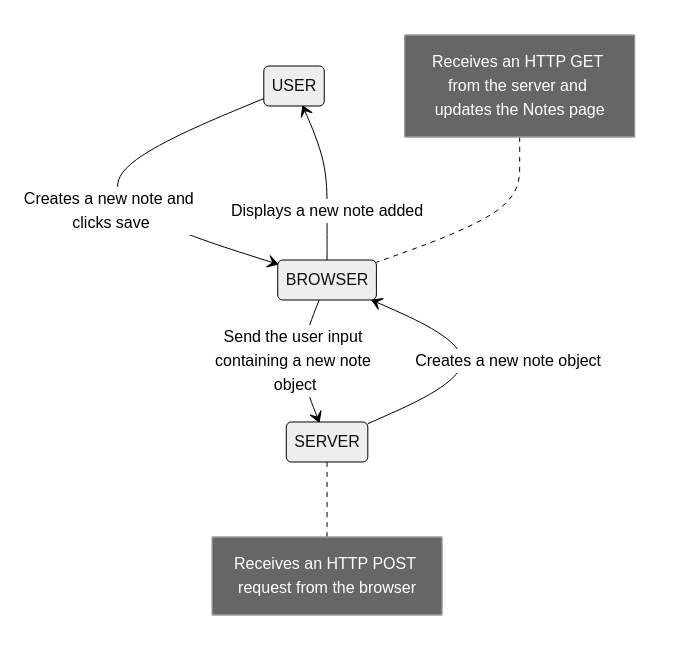
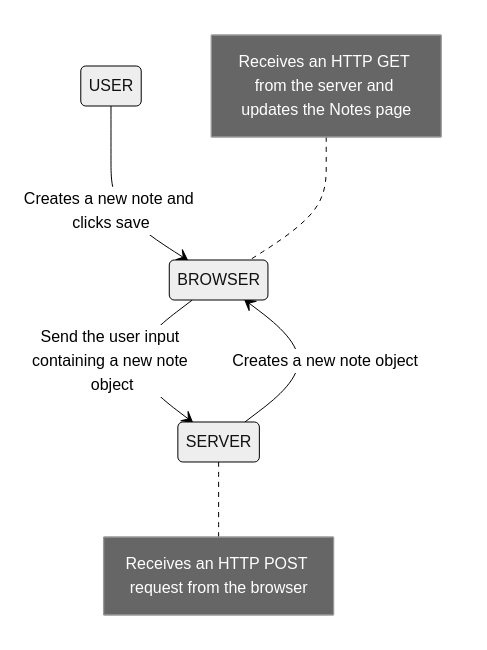
The diagram in part0/0.4-new-note-diagram.md (Gandalf-hash/fullstackopen_fundamentals_of_web_apps), drawn with Mermaid (neutral theme) before and after one commit.

Commit message:
feat-new-note-diagram

````diff
--- a/part0/0.4-new-note-diagram.md
+++ b/part0/0.4-new-note-diagram.md
@@ -1,9 +1,8 @@
 ```mermaid
    stateDiagram-v2
         USER --> BROWSER: Creates a new note and clicks save
         BROWSER --> SERVER: Send the user input containing a new note object
             Note left of BROWSER: Receives an HTTP GET from the server and updates the Notes page
         SERVER --> BROWSER: Creates a new note object
             Note right of SERVER: Receives an HTTP POST request from the browser
-        BROWSER --> USER: Displays a new note added
 ```
````
